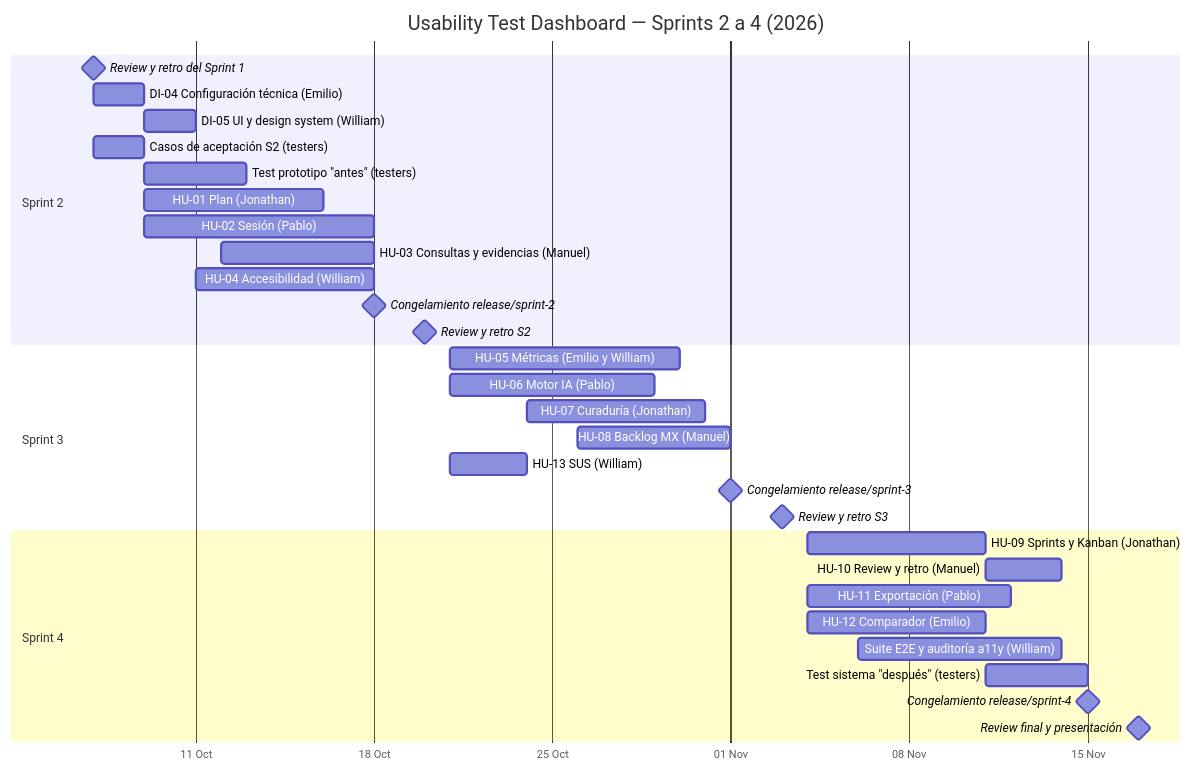
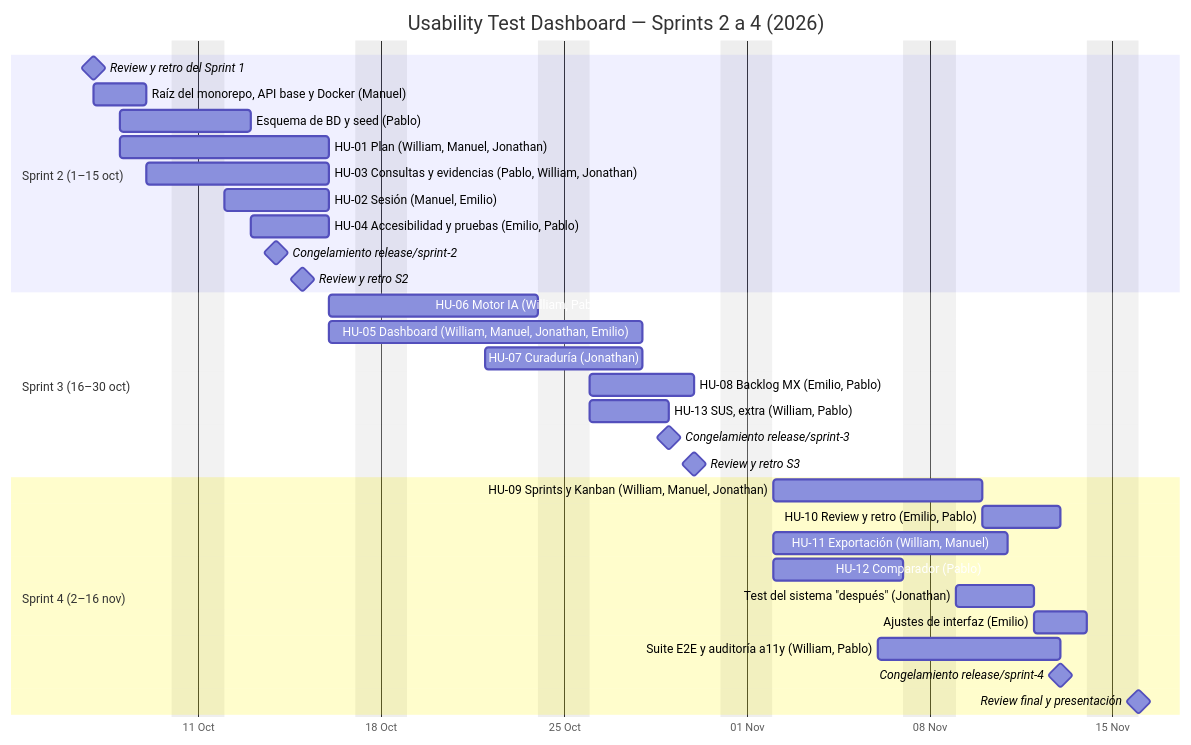
The first of 2 diagrams in docs/diagrams/05-cronograma.md (Jonathan305g/Proyecto_IHC), drawn with Mermaid before and after one commit. The commit also changed other lines of this file and 12 other files, not shown here.

````diff
--- a/docs/diagrams/05-cronograma.md
+++ b/docs/diagrams/05-cronograma.md
@@ -5,38 +9,38 @@
 ```mermaid
 gantt
   title Usability Test Dashboard — Sprints 2 a 4 (2026)
   dateFormat YYYY-MM-DD
   axisFormat %d %b
+  excludes weekends
 
-  section Sprint 2
+  section Sprint 2 (1–15 oct)
   Review y retro del Sprint 1            :milestone, s1r, 2026-10-07, 0d
-  DI-04 Configuración técnica (Emilio)   :di04, 2026-10-07, 2d
-  DI-05 UI y design system (William)     :di05, after di04, 2d
-  Casos de aceptación S2 (testers)       :ca2, 2026-10-07, 2d
-  Test prototipo "antes" (testers)       :ant, 2026-10-09, 4d
-  HU-01 Plan (Jonathan)                  :hu01, after di04, 7d
-  HU-02 Sesión (Pablo)                   :hu02, after di04, 9d
-  HU-03 Consultas y evidencias (Manuel)  :hu03, 2026-10-12, 6d
-  HU-04 Accesibilidad (William)          :hu04, after di05, 7d
-  Congelamiento release/sprint-2         :milestone, f2, 2026-10-18, 0d
-  Review y retro S2                      :milestone, r2, 2026-10-20, 0d
+  Raíz del monorepo, API base y Docker (Manuel) :di04a, 2026-10-07, 2d
+  Esquema de BD y seed (Pablo)           :di04b, 2026-10-08, 3d
+  HU-01 Plan (William, Manuel, Jonathan) :hu01, 2026-10-08, 6d
+  HU-03 Consultas y evidencias (Pablo, William, Jonathan) :hu03, 2026-10-09, 5d
+  HU-02 Sesión (Manuel, Emilio)          :hu02, 2026-10-12, 4d
+  HU-04 Accesibilidad y pruebas (Emilio, Pablo) :hu04, 2026-10-13, 3d
+  Congelamiento release/sprint-2         :milestone, f2, 2026-10-14, 0d
+  Review y retro S2                      :milestone, r2, 2026-10-15, 0d
 
-  section Sprint 3
-  HU-05 Métricas (Emilio y William)      :hu05, 2026-10-21, 9d
-  HU-06 Motor IA (Pablo)                 :hu06, 2026-10-21, 8d
-  HU-07 Curaduría (Jonathan)             :hu07, 2026-10-24, 7d
-  HU-08 Backlog MX (Manuel)              :hu08, 2026-10-26, 6d
-  HU-13 SUS (William)                    :hu13, 2026-10-21, 3d
-  Congelamiento release/sprint-3         :milestone, f3, 2026-11-01, 0d
-  Review y retro S3                      :milestone, r3, 2026-11-03, 0d
+  section Sprint 3 (16–30 oct)
+  HU-06 Motor IA (William, Pablo, Manuel) :hu06, 2026-10-16, 6d
+  HU-05 Dashboard (William, Manuel, Jonathan, Emilio) :hu05, 2026-10-16, 8d
+  HU-07 Curaduría (Jonathan)             :hu07, 2026-10-22, 4d
+  HU-08 Backlog MX (Emilio, Pablo)       :hu08, 2026-10-26, 4d
+  HU-13 SUS, extra (William, Pablo)       :hu13, 2026-10-26, 3d
+  Congelamiento release/sprint-3         :milestone, f3, 2026-10-29, 0d
+  Review y retro S3                      :milestone, r3, 2026-10-30, 0d
 
-  section Sprint 4
-  HU-09 Sprints y Kanban (Jonathan)      :hu09, 2026-11-04, 7d
-  HU-10 Review y retro (Manuel)          :hu10, after hu09, 3d
-  HU-11 Exportación (Pablo)              :hu11, 2026-11-04, 8d
-  HU-12 Comparador (Emilio)              :hu12, 2026-11-04, 7d
-  Suite E2E y auditoría a11y (William)   :e2e, 2026-11-06, 8d
-  Test sistema "después" (testers)       :des, 2026-11-11, 4d
-  Congelamiento release/sprint-4         :milestone, f4, 2026-11-15, 0d
-  Review final y presentación            :milestone, r4, 2026-11-17, 0d
+  section Sprint 4 (2–16 nov)
+  HU-09 Sprints y Kanban (William, Manuel, Jonathan) :hu09, 2026-11-02, 6d
+  HU-10 Review y retro (Emilio, Pablo)   :hu10, after hu09, 3d
+  HU-11 Exportación (William, Manuel)    :hu11, 2026-11-02, 7d
+  HU-12 Comparador (Pablo)               :hu12, 2026-11-02, 5d
+  Test del sistema "después" (Jonathan)  :des, 2026-11-09, 3d
+  Ajustes de interfaz (Emilio)           :aju, after des, 2d
+  Suite E2E y auditoría a11y (William, Pablo) :e2e, 2026-11-06, 5d
+  Congelamiento release/sprint-4         :milestone, f4, 2026-11-13, 0d
+  Review final y presentación            :milestone, r4, 2026-11-16, 0d
 ```
````
